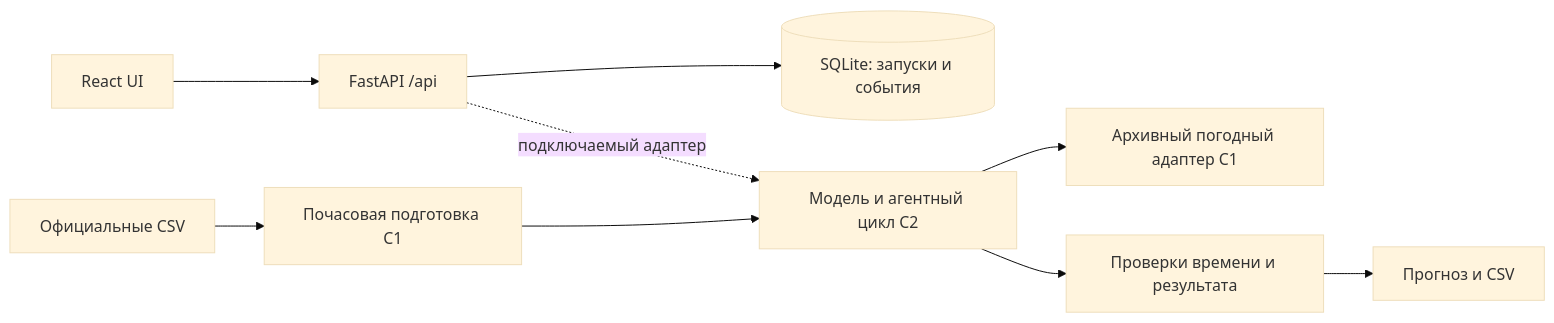
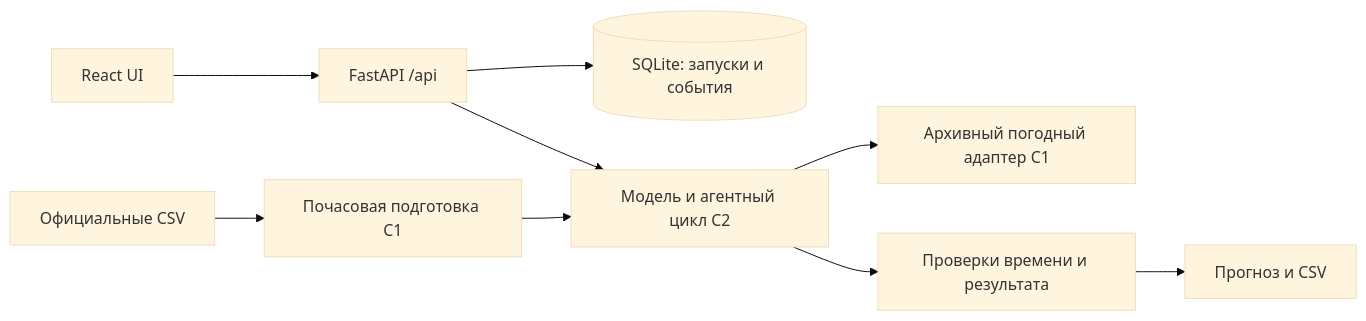
One commit to BAITC-Hacks/hack-c0c67068-qwertys changed the diagram in README.md. Above: the diagram before and after it, drawn with Mermaid (base theme). The commit also changed other lines of this file and 8 other files, not shown here.

````diff
--- a/README.md
+++ b/README.md
@@ -56,11 +93,11 @@
 ```mermaid
 flowchart LR
     UI[React UI] --> API[FastAPI /api]
     API --> Store[(SQLite: запуски и события)]
-    API -. подключаемый адаптер .-> Core[Модель и агентный цикл C2]
+    API --> Core[Модель и агентный цикл C2]
     Core --> Weather[Архивный погодный адаптер C1]
     CSV[Официальные CSV] --> Data[Почасовая подготовка C1]
     Data --> Core
     Core --> Checks[Проверки времени и результата]
     Checks --> Export[Прогноз и CSV]
 ```
````
